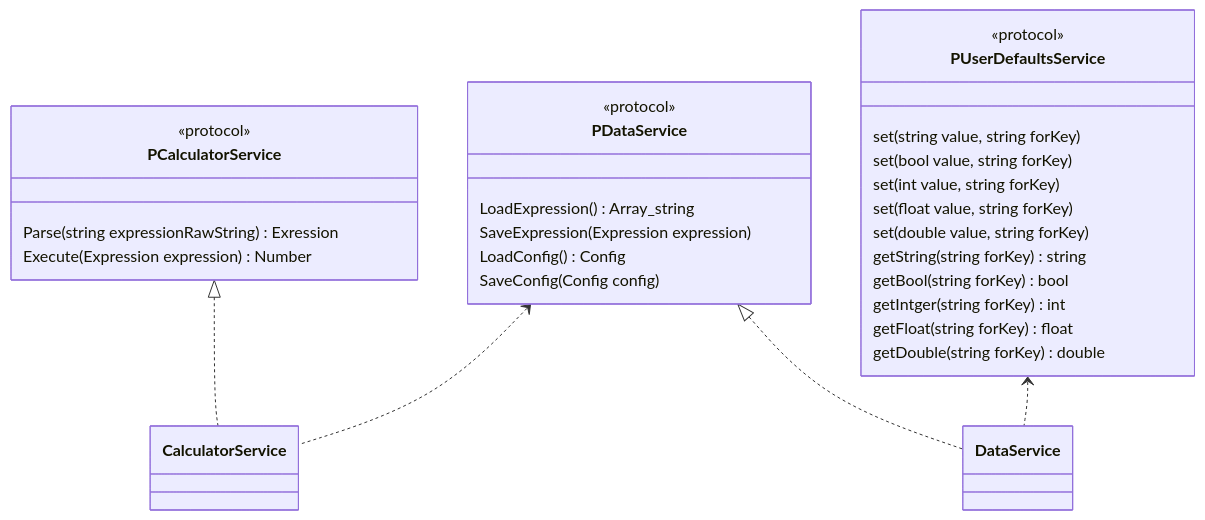
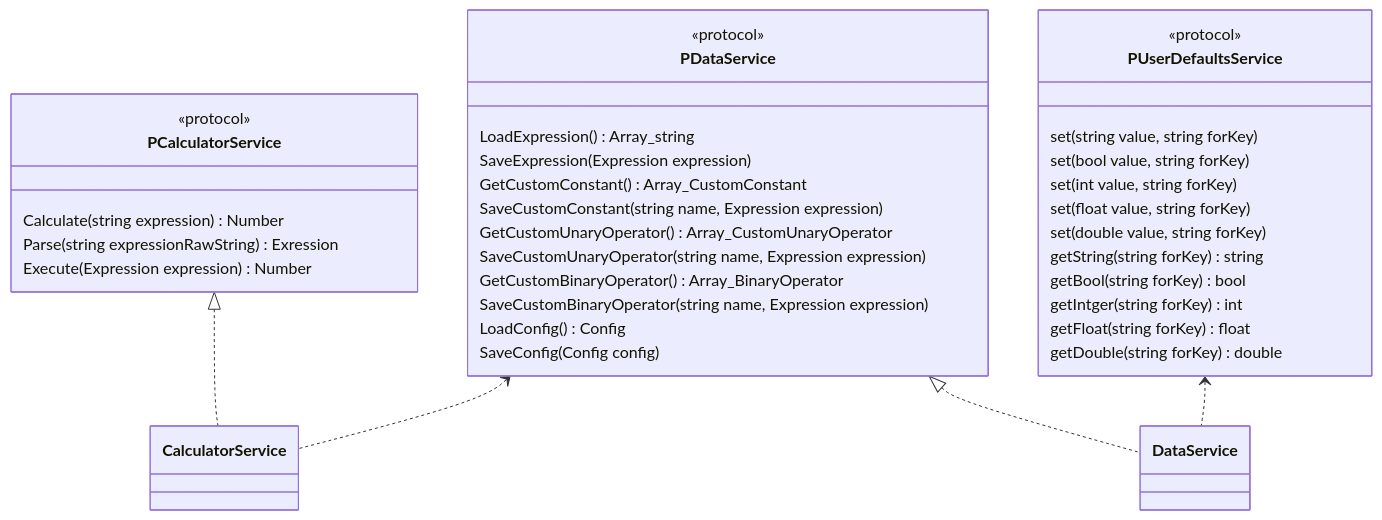
Before and after one commit to kc3hack/2023_C: the first of 2 diagrams in graph/class.md, drawn with Mermaid. The commit also changed other lines of this file, not shown here.

Commit message:
カスタム定数と関数に対応

````diff
--- a/graph/class.md
+++ b/graph/class.md
@@ -3,34 +3,42 @@
 ```mermaid
 classDiagram
 
 PCalculatorService <|.. CalculatorService
 PDataService <.. CalculatorService
 PDataService <|.. DataService
 PUserDefaultsService <.. DataService
 
 class PCalculatorService {
     <<protocol>>
+    Calculate(string expression) Number
     Parse(string expressionRawString) Exression
     Execute(Expression expression) Number
 }
 class PDataService {
     <<protocol>>
     LoadExpression() Array_string
     SaveExpression(Expression expression)
+    GetCustomConstant() Array_CustomConstant
+    SaveCustomConstant(string name, Expression expression)
+    GetCustomUnaryOperator() Array_CustomUnaryOperator
+    SaveCustomUnaryOperator(string name, Expression expression)
+    GetCustomBinaryOperator() Array_BinaryOperator
+    SaveCustomBinaryOperator(string name, Expression expression)
+
     LoadConfig() Config
     SaveConfig(Config config)
 }
 class PUserDefaultsService {
     <<protocol>>
     set(string value, string forKey)
     set(bool value, string forKey)
     set(int value, string forKey)
     set(float value, string forKey)
     set(double value, string forKey)
     getString(string forKey) string
     getBool(string forKey) bool
     getIntger(string forKey) int
     getFloat(string forKey) float
     getDouble(string forKey) double
 }
 ```
````
